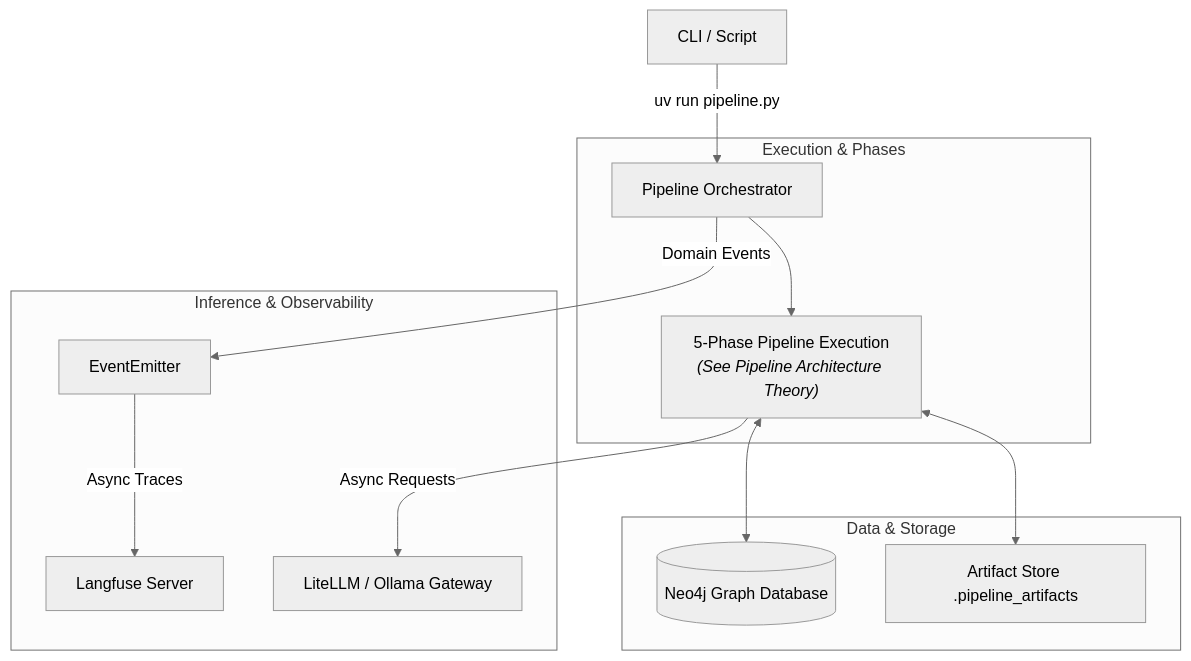
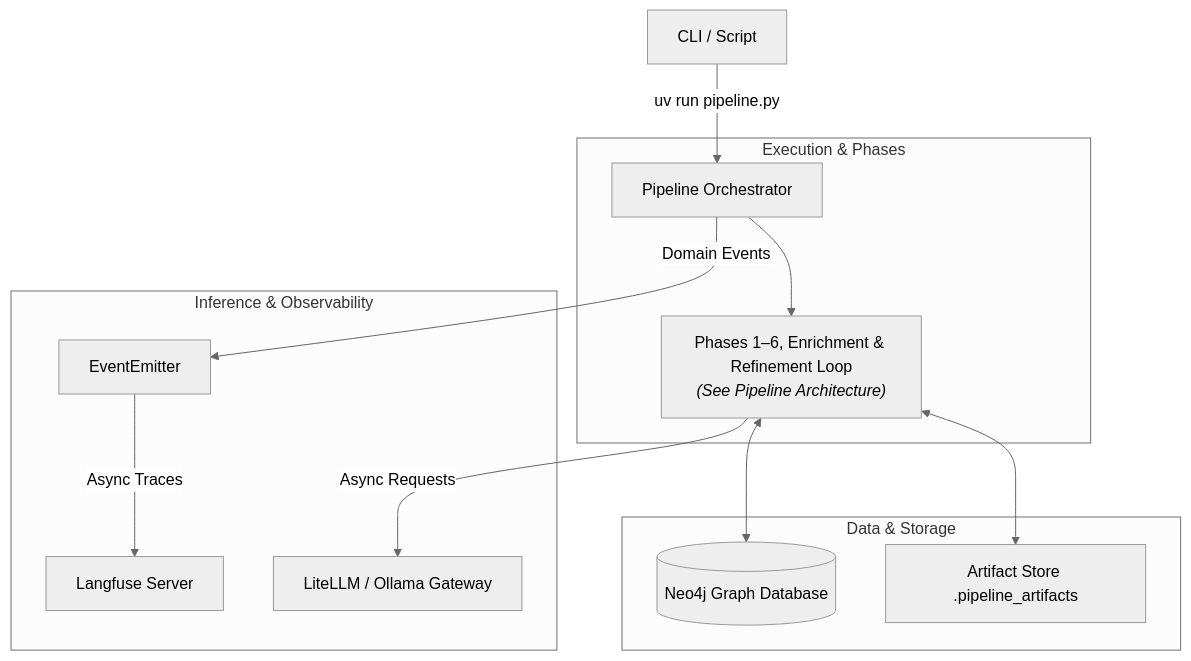
One commit to maxoem/EpistemeX changed the second of 2 diagrams in docs/architecture/overview.md. Above: the diagram before and after it, drawn with Mermaid (neutral theme). The commit also changed other lines of this file and 495 other files, not shown here.

First line of the commit message:
feat(pipeline,epistemetrics): resolve architectural, workflow, and domain critique (ISSUE-046..065, ISSUE-108..110) (#47)

````diff
--- a/docs/architecture/overview.md
+++ b/docs/architecture/overview.md
@@ -123,19 +128,19 @@
 ```mermaid
 flowchart TD
     User[CLI / Script] -->|uv run pipeline.py| Core[Pipeline Orchestrator]
     
     subgraph Execution & Phases
-        Core --> PhaseFlow["5-Phase Pipeline Execution<br/><i>(See Pipeline Architecture Theory)</i>"]
+        Core --> PhaseFlow["Phases 1–6, Enrichment & Refinement Loop<br/><i>(See Pipeline Architecture)</i>"]
     end
     
     subgraph Data & Storage
         PhaseFlow <--> Artifacts[Artifact Store .pipeline_artifacts]
         PhaseFlow <--> Neo4j[(Neo4j Graph Database)]
     end
     
     subgraph Inference & Observability
         PhaseFlow -->|Async Requests| LLM[LiteLLM / Ollama Gateway]
         Core -->|Domain Events| EventBus[EventEmitter]
         EventBus -->|Async Traces| Langfuse[Langfuse Server]
     end
 ```
````
